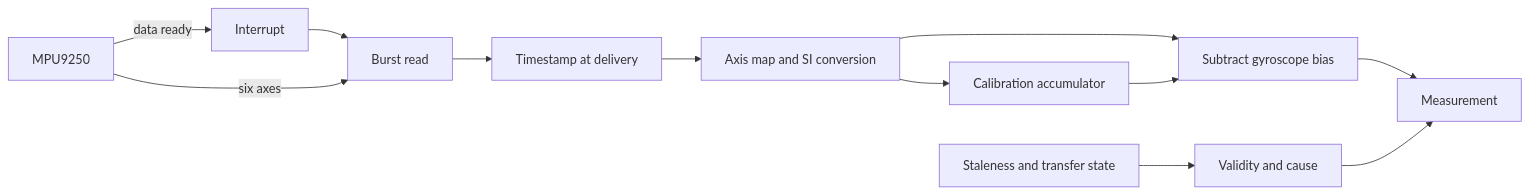
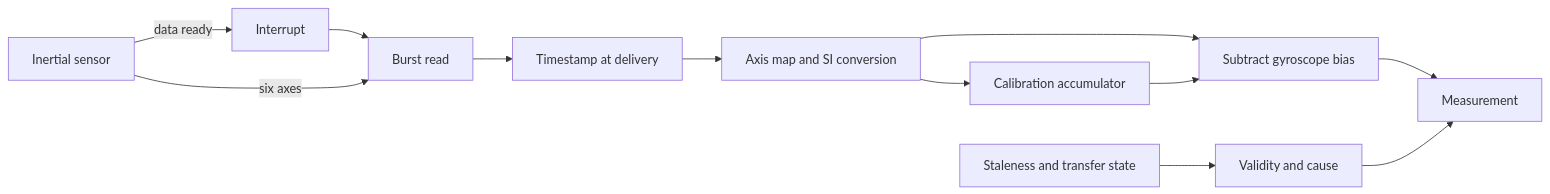
The fourth of 4 diagrams in documentation/design/imu-sensing.md (embedded-pro/e-inverted-pendulum), drawn with Mermaid before and after one commit. The commit also changed other lines of this file and 20 other files, not shown here.

First line of the commit message:
docs: apply kit documentation rules to design, theory and architecture (#75)

````diff
--- a/documentation/design/imu-sensing.md
+++ b/documentation/design/imu-sensing.md
@@ -262,14 +262,14 @@
 ```mermaid
 graph LR
-    PART[MPU9250] -->|data ready| INT[Interrupt]
+    PART[Inertial sensor] -->|data ready| INT[Interrupt]
     INT --> READ[Burst read]
     PART -->|six axes| READ
     READ --> STAMP[Timestamp at delivery]
     STAMP --> MAP[Axis map and SI conversion]
     MAP --> BIAS[Subtract gyroscope bias]
     MAP --> CAL[Calibration accumulator]
     CAL --> BIAS
     BIAS --> OUT[Measurement]
     FRESH[Staleness and transfer state] --> VALID[Validity and cause]
     VALID --> OUT
 ```
````
